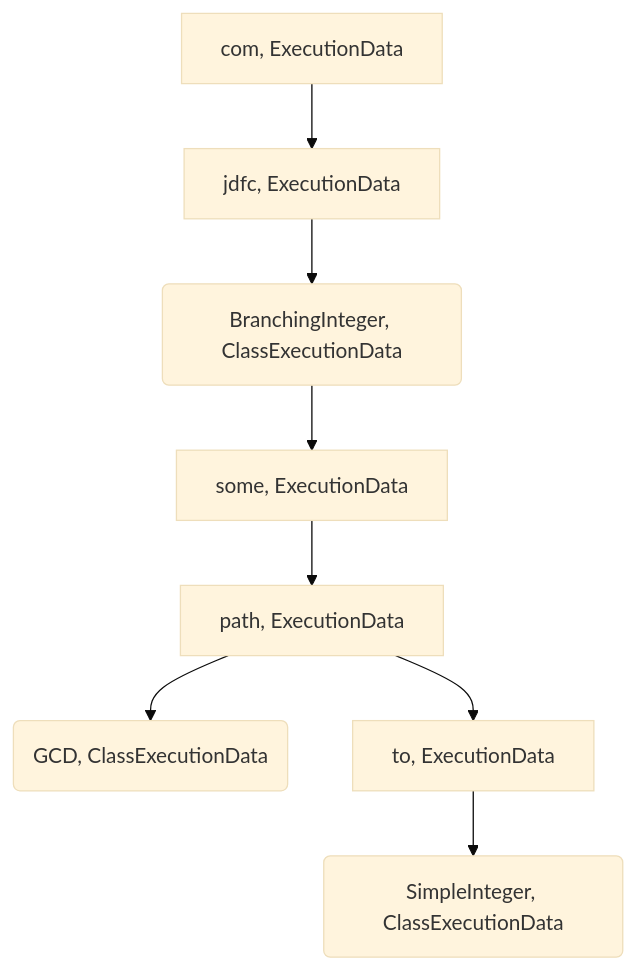
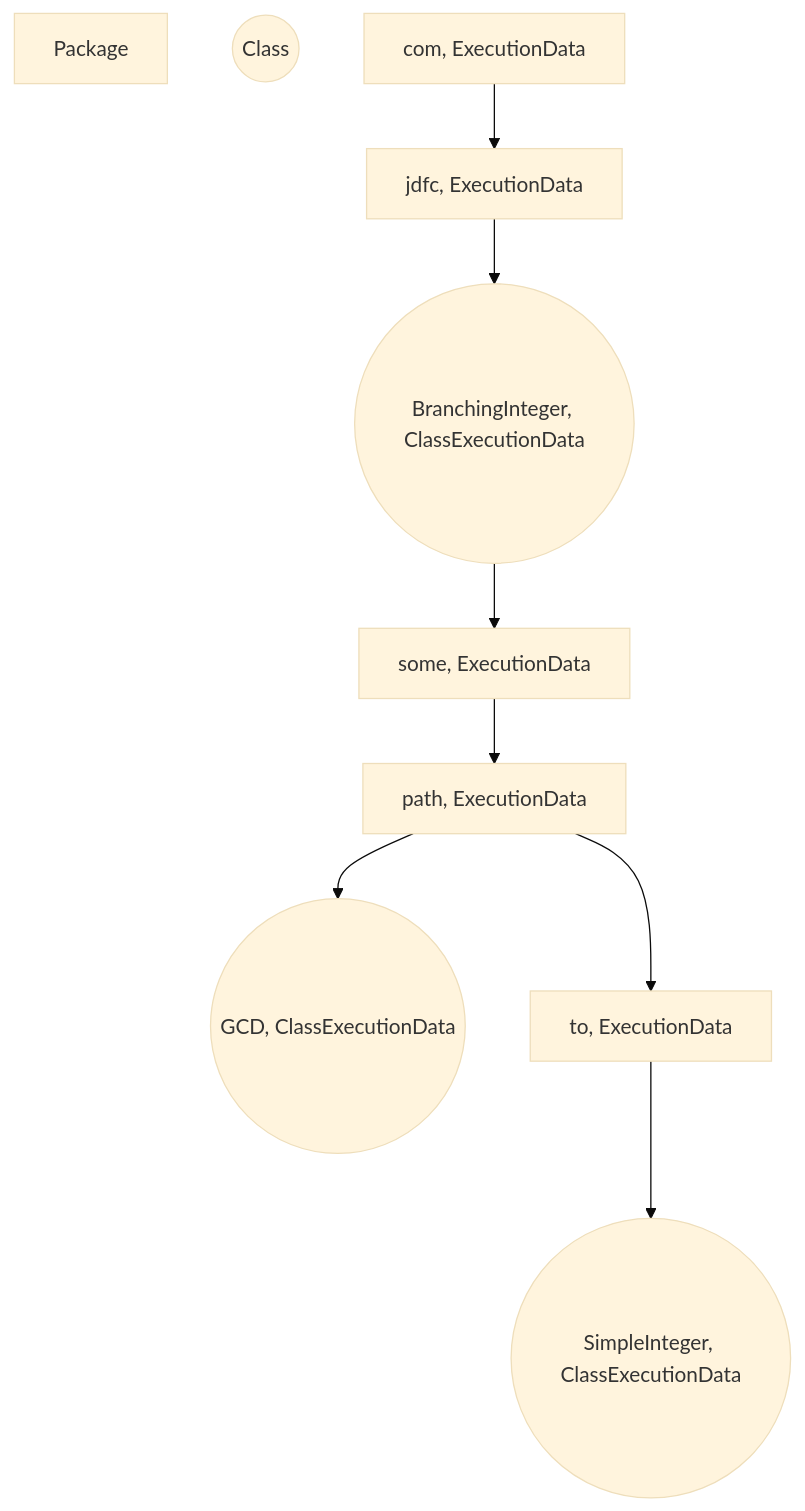
Before and after one commit to blochmat/jdfc: the diagram in README.md, drawn with Mermaid (base theme). The commit also changed other lines of this file, not shown here.

Commit message:
Update test

````diff
--- a/README.md
+++ b/README.md
@@ -13,10 +13,12 @@
 ```mermaid
 graph TD
-A["com", ExecutionData] --> B["jdfc", ExecutionData]
-B --> C("BranchingInteger", ClassExecutionData)
-C --> D["some", ExecutionData]
-D --> E["path", ExecutionData]
-E --> F("GCD", ClassExecutionData)
-E --> G["to", ExecutionData]
-G --> H("SimpleInteger", ClassExecutionData)
+Z[Package]
+Y((Class))
+A[com, ExecutionData] --> B[jdfc, ExecutionData]
+B --> C((BranchingInteger, ClassExecutionData))
+C --> D[some, ExecutionData]
+D --> E[path, ExecutionData]
+E --> F((GCD, ClassExecutionData))
+E --> G[to, ExecutionData]
+G --> H((SimpleInteger, ClassExecutionData))
 ```
````
